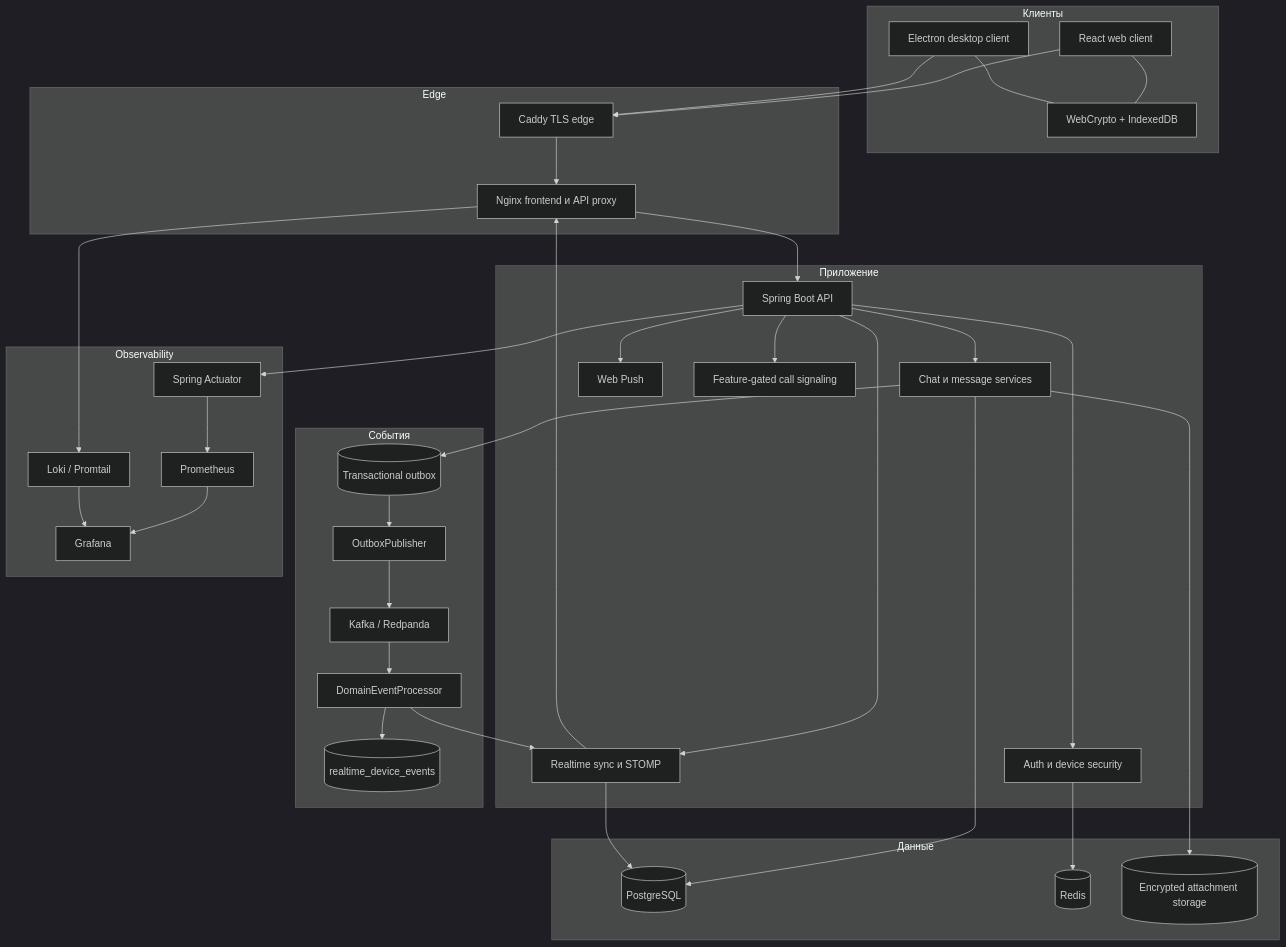
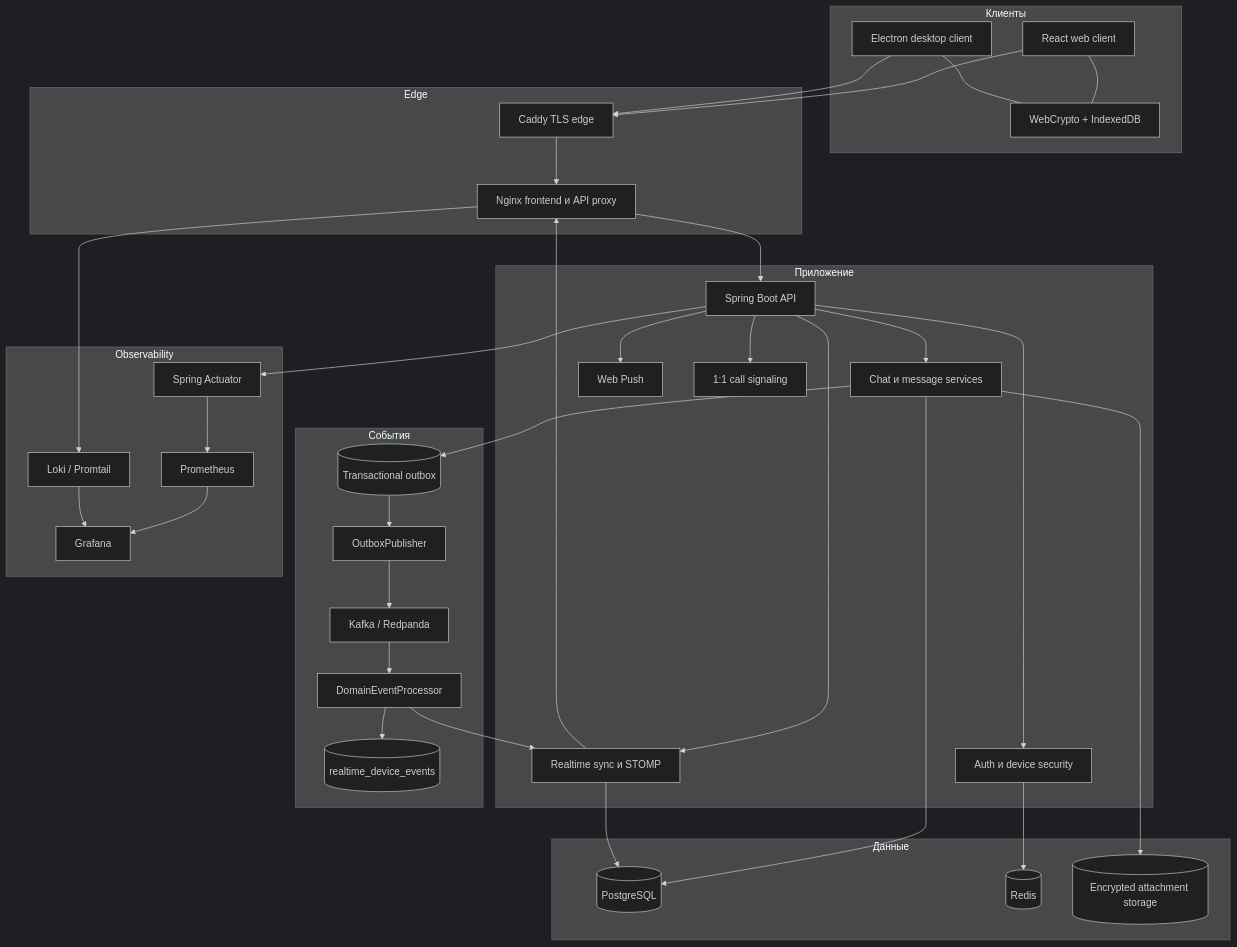
One commit to vaazhen/chaos-e2ee-messenger changed the fifth of 6 diagrams in README.ru.md. Above: the diagram before and after it, drawn with Mermaid (dark theme). The commit also changed other lines of this file and 79 other files, not shown here.

First line of the commit message:
feat(chat): deliver encrypted media and 1:1 call signaling

````diff
--- a/README.ru.md
+++ b/README.ru.md
@@ -269,71 +275,71 @@
 ```mermaid
 flowchart TB
     subgraph Clients[Клиенты]
         WEB[React web client]
         DESKTOP[Electron desktop client]
         CRYPTO[WebCrypto + IndexedDB]
         WEB --- CRYPTO
         DESKTOP --- CRYPTO
     end
 
     subgraph Edge
         CADDY[Caddy TLS edge]
         NGINX[Nginx frontend и API proxy]
     end
 
     subgraph Application[Приложение]
         API[Spring Boot API]
         AUTH[Auth и device security]
         CHAT[Chat и message services]
         RT[Realtime sync и STOMP]
         PUSH[Web Push]
-        CALLS[Feature-gated call signaling]
+        CALLS[1:1 call signaling]
     end
 
     subgraph Data[Данные]
         PG[(PostgreSQL)]
         REDIS[(Redis)]
         BLOB[(Encrypted attachment storage)]
     end
 
     subgraph Events[События]
         OUTBOX[(Transactional outbox)]
         PUB[OutboxPublisher]
         KAFKA[Kafka / Redpanda]
         PROC[DomainEventProcessor]
         DURABLE[(realtime_device_events)]
     end
 
     subgraph Observability
         ACT[Spring Actuator]
         PROM[Prometheus]
         LOKI[Loki / Promtail]
         GRAFANA[Grafana]
     end
 
     WEB --> CADDY
     DESKTOP --> CADDY
     CADDY --> NGINX
     NGINX --> API
     API --> AUTH
     API --> CHAT
     API --> RT
     API --> PUSH
     API --> CALLS
     AUTH --> REDIS
     CHAT --> PG
     CHAT --> BLOB
     CHAT --> OUTBOX
     OUTBOX --> PUB
     PUB --> KAFKA
     KAFKA --> PROC
     PROC --> DURABLE
     PROC --> RT
     RT --> PG
     RT --> NGINX
     API --> ACT
     ACT --> PROM
     NGINX --> LOKI
     PROM --> GRAFANA
     LOKI --> GRAFANA
 ```
````
